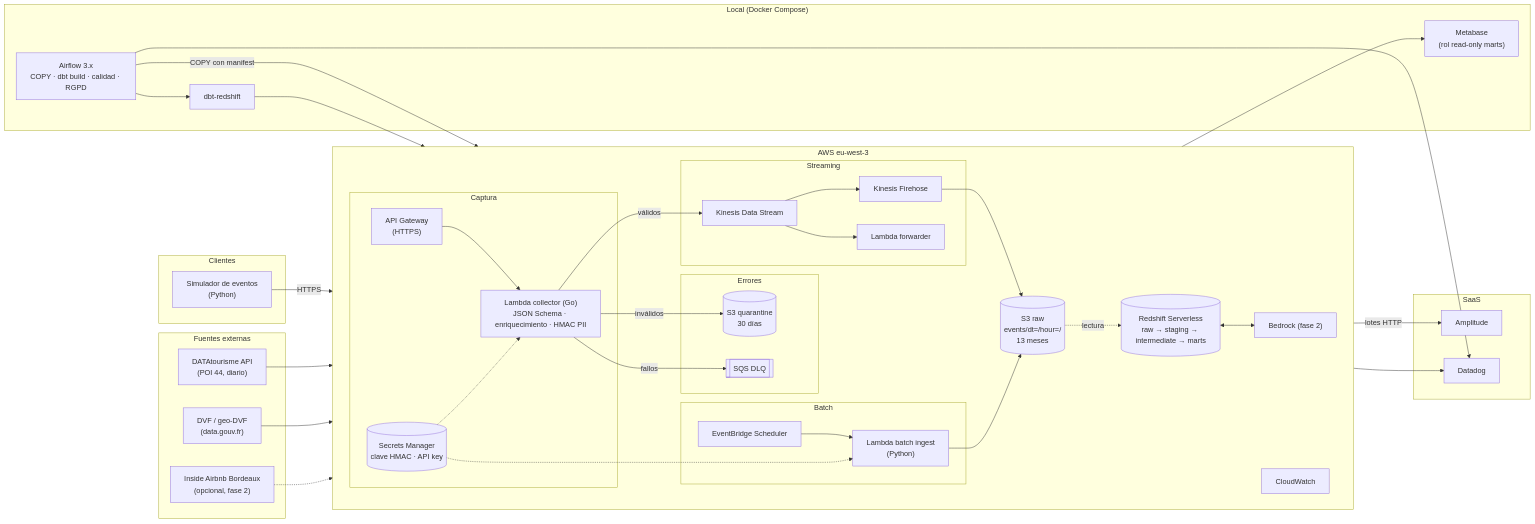
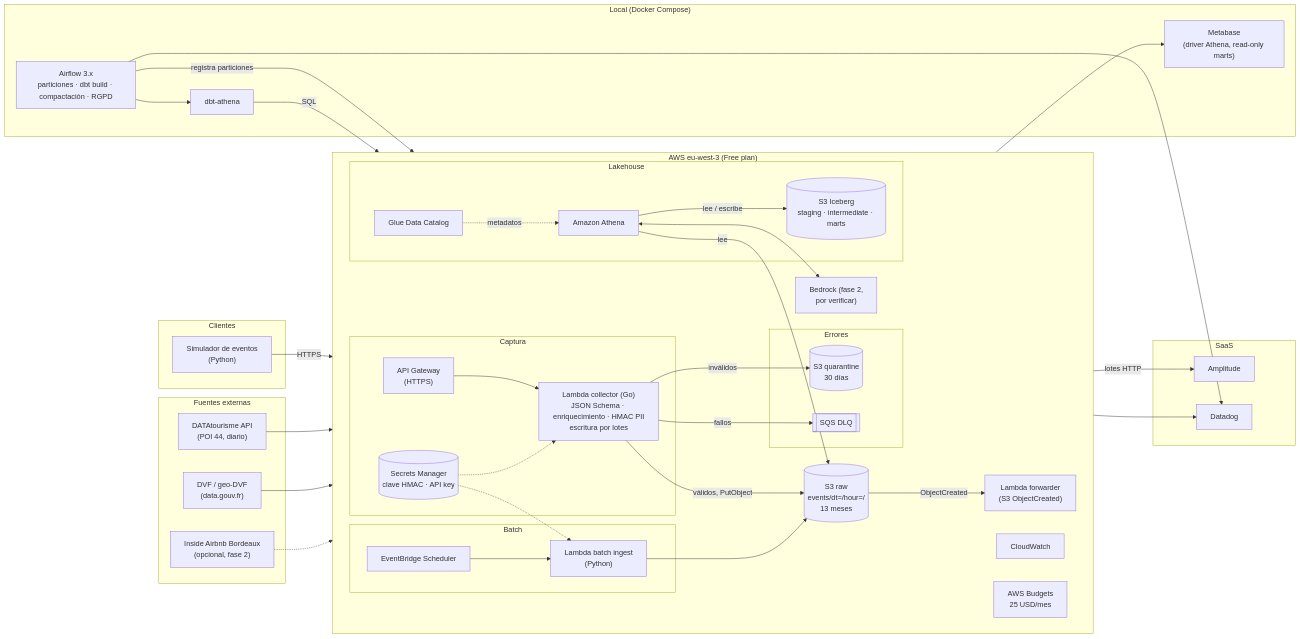
One commit to javiladino/trueflow changed the diagram in docs/architecture/architecture.md. Above: the diagram before and after it, drawn with Mermaid. The commit also changed other lines of this file and 10 other files, not shown here.

Commit message:
docs: adopt S3 lakehouse architecture (ADR 0001) and align CLAUDE.md with design-memory

````diff
--- a/docs/architecture/architecture.md
+++ b/docs/architecture/architecture.md
@@ -5,72 +6,74 @@
 ```mermaid
 flowchart LR
     subgraph clients["Clientes"]
         SIM["Simulador de eventos<br/>(Python)"]
     end
 
     subgraph ext["Fuentes externas"]
         DT["DATAtourisme API<br/>(POI 44, diario)"]
         DVF["DVF / geo-DVF<br/>(data.gouv.fr)"]
         IA_SRC["Inside Airbnb Bordeaux<br/>(opcional, fase 2)"]
     end
 
-    subgraph aws["AWS eu-west-3"]
+    subgraph aws["AWS eu-west-3 (Free plan)"]
         direction LR
         subgraph ingest["Captura"]
             APIGW["API Gateway<br/>(HTTPS)"]
-            COL["Lambda collector (Go)<br/>JSON Schema · enriquecimiento · HMAC PII"]
+            COL["Lambda collector (Go)<br/>JSON Schema · enriquecimiento · HMAC PII<br/>escritura por lotes"]
             SM[("Secrets Manager<br/>clave HMAC · API key")]
-        end
-        subgraph stream["Streaming"]
-            KDS["Kinesis Data Stream"]
-            FH["Kinesis Firehose"]
-            FWD["Lambda forwarder"]
         end
         subgraph errors["Errores"]
             Q[("S3 quarantine<br/>30 días")]
             DLQ[["SQS DLQ"]]
         end
         subgraph batch["Batch"]
             EB["EventBridge Scheduler"]
             BI["Lambda batch ingest<br/>(Python)"]
         end
         RAW[("S3 raw<br/>events/dt=/hour=/<br/>13 meses")]
-        RS[("Redshift Serverless<br/>raw → staging → intermediate → marts")]
-        BR["Bedrock (fase 2)"]
+        FWD["Lambda forwarder<br/>(S3 ObjectCreated)"]
+        subgraph lake["Lakehouse"]
+            GLUE["Glue Data Catalog"]
+            ICE[("S3 Iceberg<br/>staging · intermediate · marts")]
+            ATH["Amazon Athena"]
+        end
+        BR["Bedrock (fase 2,<br/>por verificar)"]
         CW["CloudWatch"]
+        BUD["AWS Budgets<br/>25 USD/mes"]
     end
 
     subgraph local["Local (Docker Compose)"]
-        AF["Airflow 3.x<br/>COPY · dbt build · calidad · RGPD"]
-        DBT["dbt-redshift"]
-        MB["Metabase<br/>(rol read-only marts)"]
+        AF["Airflow 3.x<br/>particiones · dbt build · compactación · RGPD"]
+        DBT["dbt-athena"]
+        MB["Metabase<br/>(driver Athena, read-only marts)"]
     end
 
     subgraph saas["SaaS"]
         AMP["Amplitude"]
         DD["Datadog"]
     end
 
     SIM -->|HTTPS| APIGW --> COL
     SM -.-> COL
-    COL -->|válidos| KDS
+    COL -->|válidos, PutObject| RAW
     COL -->|inválidos| Q
     COL -->|fallos| DLQ
-    KDS --> FH --> RAW
-    KDS --> FWD -->|lotes HTTP| AMP
+    RAW -->|ObjectCreated| FWD -->|lotes HTTP| AMP
 
     EB --> BI
     DT --> BI
     DVF --> BI
     IA_SRC -.-> BI
     SM -.-> BI
     BI --> RAW
 
-    AF -->|COPY con manifest| RS
-    RAW -.->|lectura| RS
-    AF --> DBT --> RS
-    RS --> MB
-    RS <--> BR
+    AF -->|registra particiones| GLUE
+    AF --> DBT -->|SQL| ATH
+    ATH -->|lee| RAW
+    ATH -->|lee / escribe| ICE
+    GLUE -.->|metadatos| ATH
+    ATH --> MB
+    ATH <--> BR
     CW --> DD
     AF --> DD
 ```
````
